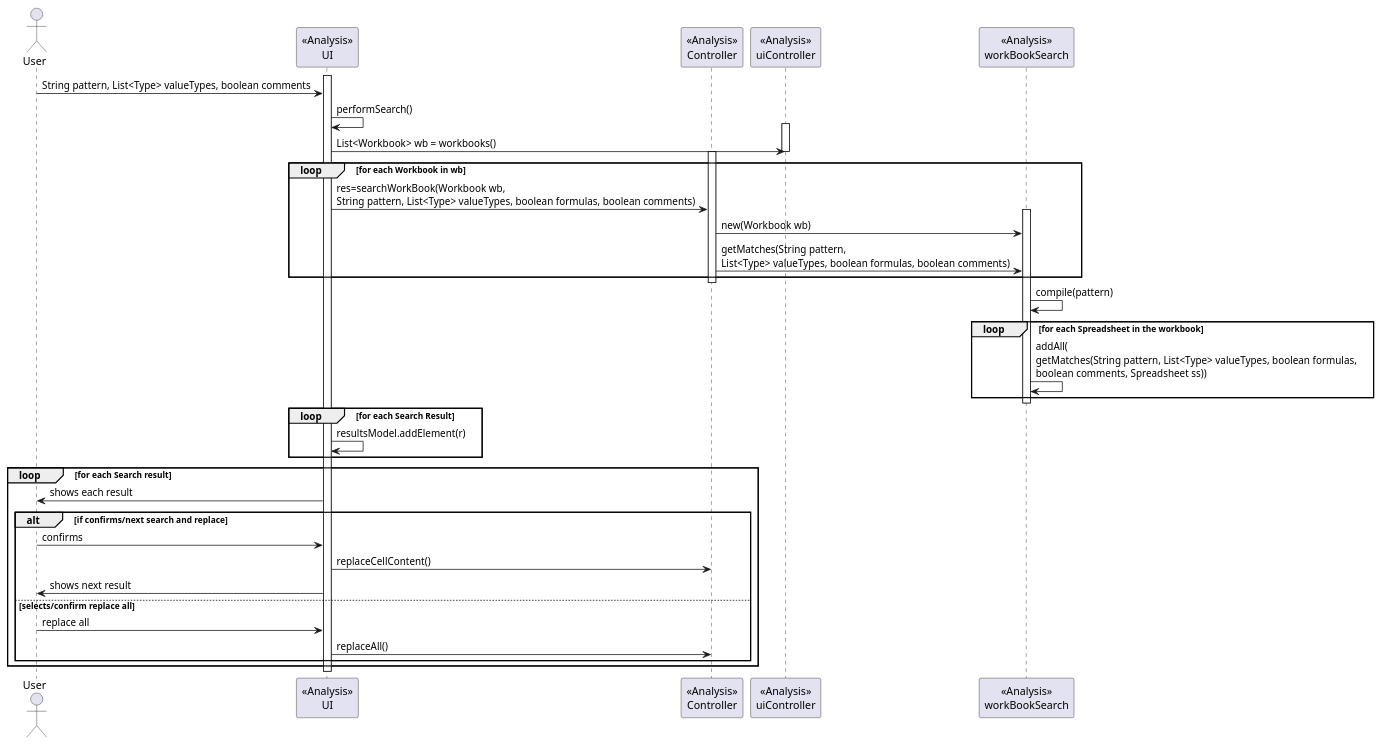
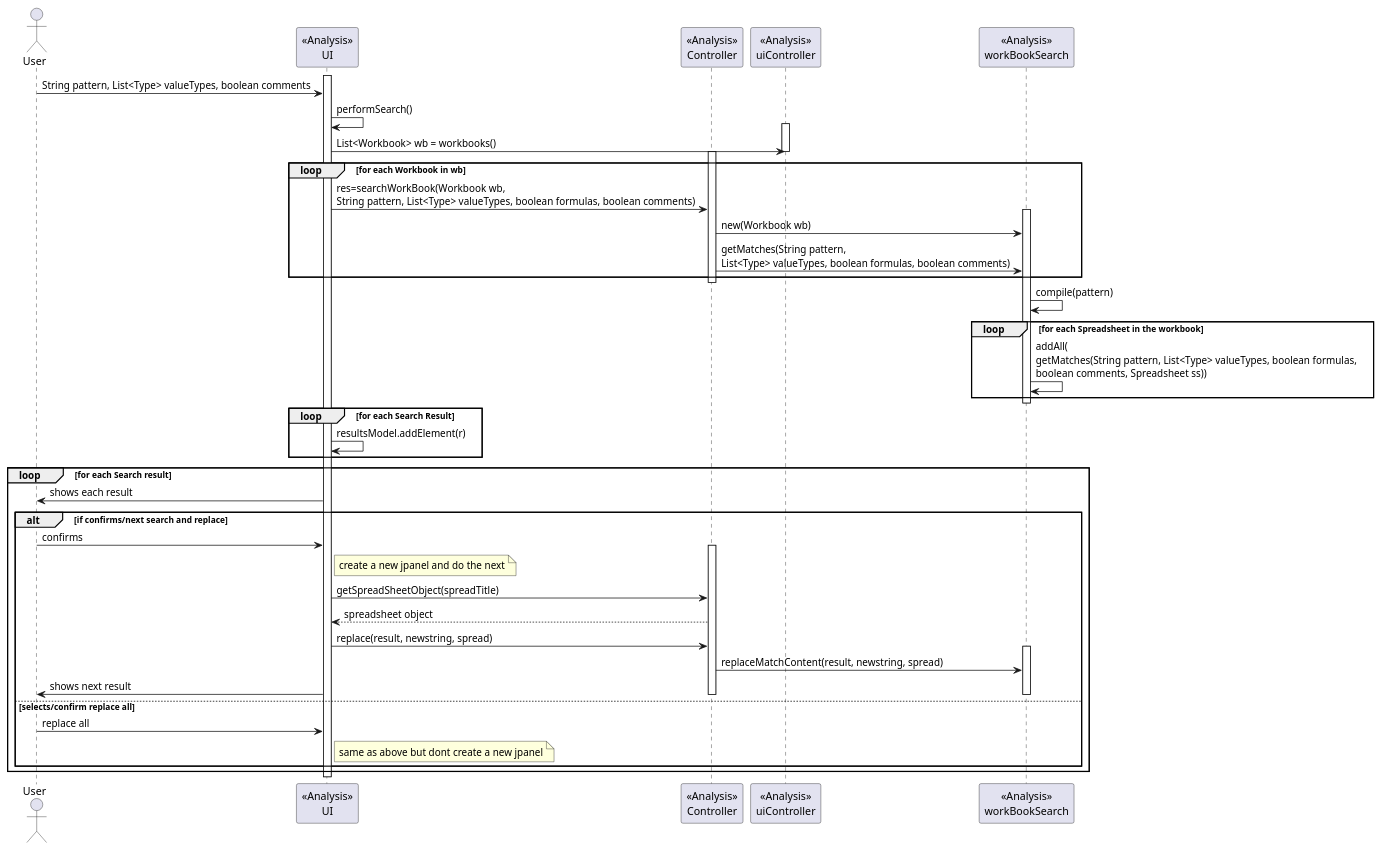
Before and after one commit to RubenTeixeira/cleansheets_isep_2dg_2016: the diagram in src/main/java/csheets/worklog/n1140364/sprint4/core07.3_analysis.puml, drawn with PlantUML. The commit also changed 1 other file, not shown here.

```diff
--- a/src/main/java/csheets/worklog/n1140364/sprint4/core07.3_analysis.puml
+++ b/src/main/java/csheets/worklog/n1140364/sprint4/core07.3_analysis.puml
@@ -1,48 +1,56 @@
 @startuml doc-files/core07.3_analysis.png
   actor User
   participant "<<Analysis>>\nUI" as SP
   participant "<<Analysis>>\nController" as SC
   participant "<<Analysis>>\nuiController" as UIC
   participant "<<Analysis>>\nworkBookSearch" as wbs
 
   activate SP
   User -> SP : String pattern, List<Type> valueTypes, boolean comments
   SP -> SP : performSearch()
   activate UIC
   SP -> UIC : List<Workbook> wb = workbooks()
   deactivate UIC
 
   activate SC
   loop for each Workbook in wb
   SP -> SC : res=searchWorkBook(Workbook wb,\nString pattern, List<Type> valueTypes, boolean formulas, boolean comments)
   activate wbs
   SC -> wbs : new(Workbook wb)
   SC -> wbs : getMatches(String pattern,\nList<Type> valueTypes, boolean formulas, boolean comments)
   end loop
   deactivate SC
 
   wbs -> wbs : compile(pattern)
   loop for each Spreadsheet in the workbook
   	wbs -> wbs : addAll(\ngetMatches(String pattern, List<Type> valueTypes, boolean formulas,\nboolean comments, Spreadsheet ss))
   end
   deactivate wbs
   loop for each Search Result
   	SP -> SP : resultsModel.addElement(r)
   end
 
   loop for each Search result
   User <- SP : shows each result
 
 	alt if confirms/next search and replace
 	 User -> SP : confirms
-     SP -> SC : replaceCellContent()
+	 note right of SP : create a new jpanel and do the next
+	 activate SC
+     SP -> SC : getSpreadSheetObject(spreadTitle)
+	 SP <-- SC : spreadsheet object
+	 SP -> SC : replace(result, newstring, spread)
+	activate wbs
+	 SC -> wbs : replaceMatchContent(result, newstring, spread)
 	 User <- SP : shows next result
+	deactivate wbs
+	 deactivate SC
 
     else selects/confirm replace all
 		User -> SP : replace all
-		SP -> SC : replaceAll()
+		note right of SP : same as above but dont create a new jpanel
 	end
 
   end
   deactivate SP
 @enduml
```
